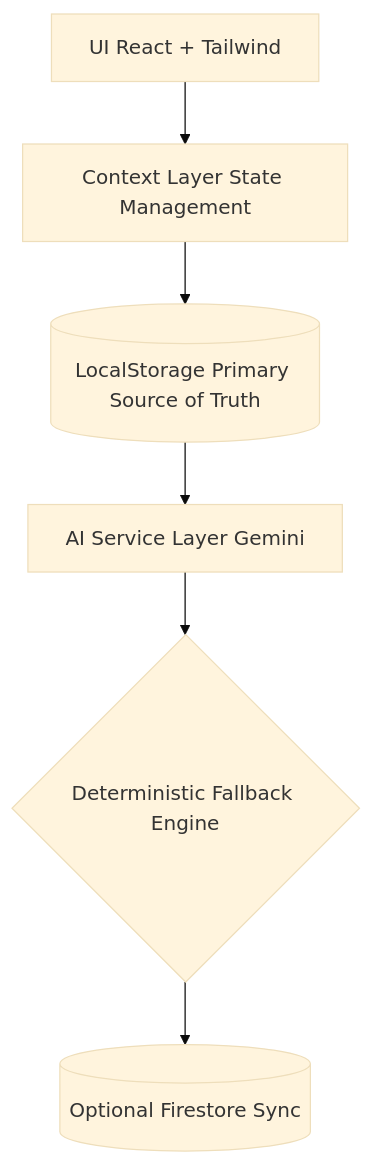
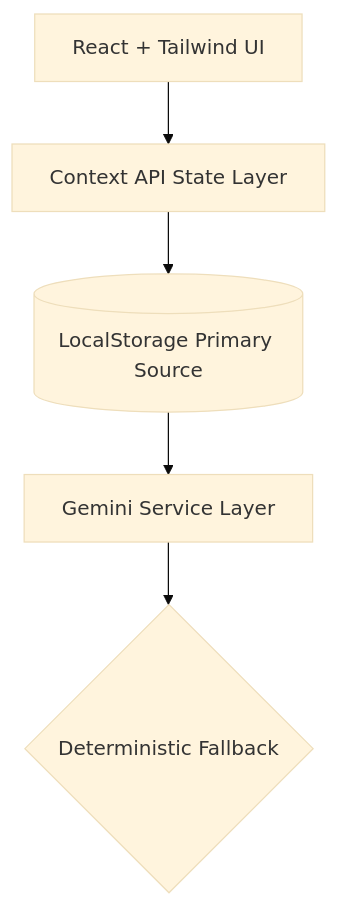
The diagram in README.md (dishudhalwal12/Breeze-26), drawn with Mermaid (base theme) before and after one commit. The commit also changed other lines of this file and 8 other files, not shown here.

````diff
--- a/README.md
+++ b/README.md
@@ -117,8 +152,7 @@
 ```mermaid
 graph TD;
-    UI[UI React + Tailwind] --> Context[Context Layer State Management];
-    Context --> Storage[(LocalStorage Primary Source of Truth)];
-    Storage --> AI[AI Service Layer Gemini];
-    AI --> Fallback{Deterministic Fallback Engine};
-    Fallback --> Sync[(Optional Firestore Sync)];
+    UI[React + Tailwind UI] --> State[Context API State Layer];
+    State --> Storage[(LocalStorage Primary Source)];
+    Storage --> AI[Gemini Service Layer];
+    AI --> Fallback{Deterministic Fallback};
 ```
````
